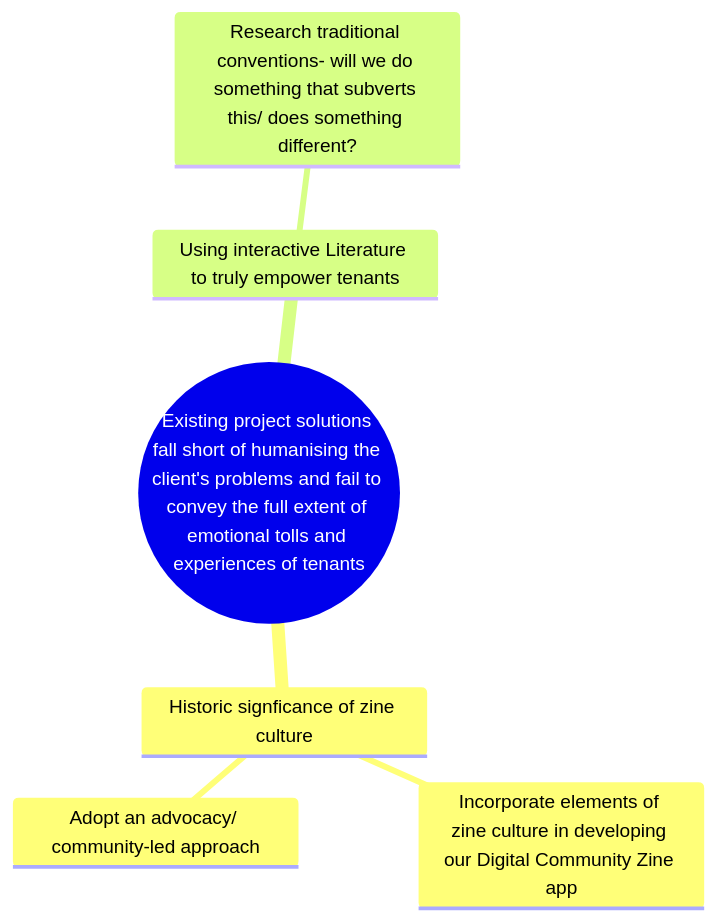
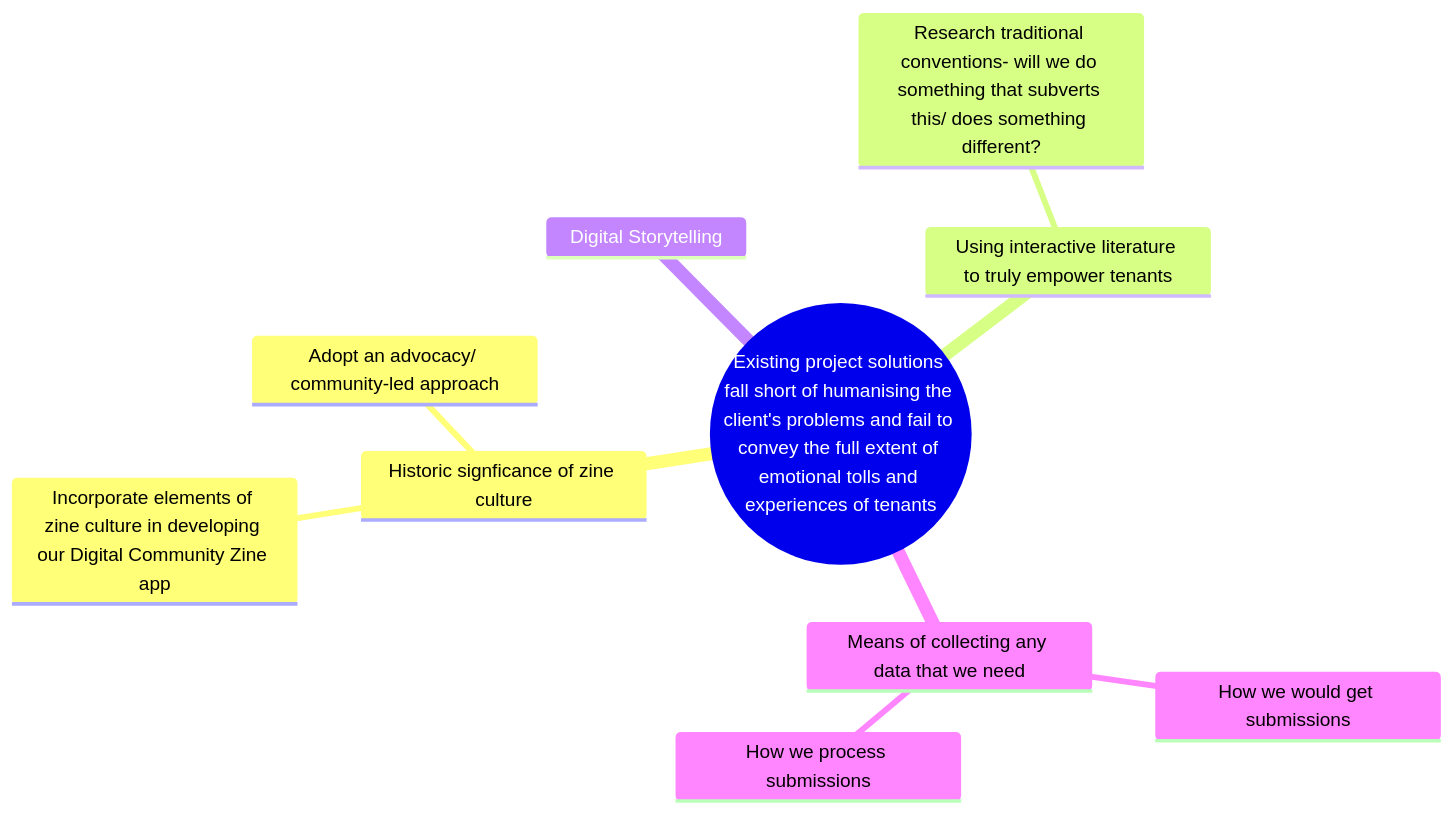
The diagram in Mermaid Mindmap.md (NU-Digital-Cultures/Trout), drawn with Mermaid before and after one commit.

Commit message:
Update Mermaid Mindmap.md

````diff
--- a/Mermaid Mindmap.md
+++ b/Mermaid Mindmap.md
@@ -1,10 +1,13 @@
 ``` mermaid
 mindmap
   root((Existing project solutions fall short of humanising the client's problems and fail to convey the full extent of emotional tolls and experiences of tenants))
     Historic signficance of zine culture
       Incorporate elements of zine culture in developing our Digital Community Zine app
       Adopt an advocacy/ community-led approach
-    Using interactive Literature to truly empower tenants
+    Using interactive literature to truly empower tenants
       Research traditional conventions- will we do something that subverts this/ does something different?
-     
+    Digital Storytelling
+    Means of collecting any data that we need
+      How we would get submissions
+      How we process submissions
 ```
````
